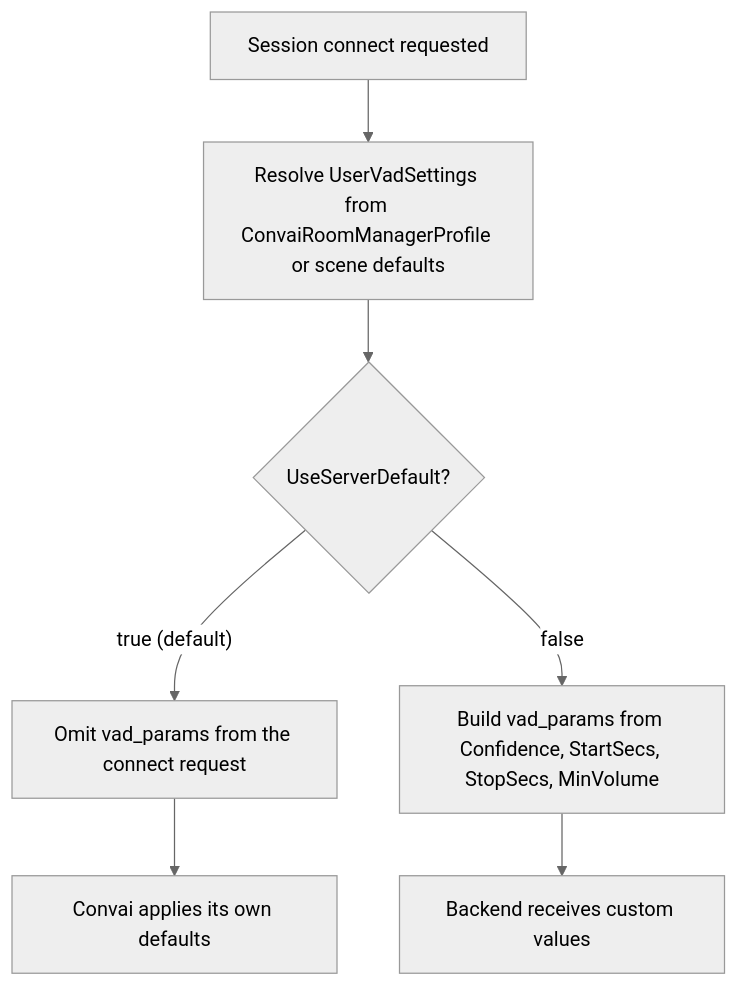
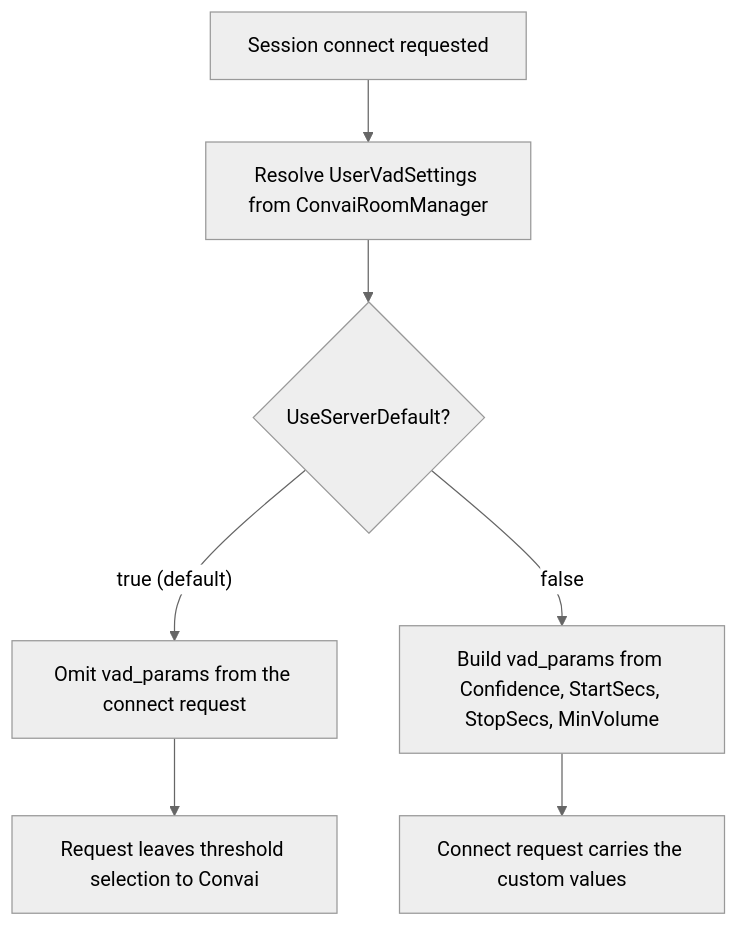
One commit to Conv-AI/Convai-Documentation changed the diagram in plugins-and-integrations/convai-unity-sdk/core-concepts/voice-activity-detection.md. Above: the diagram before and after it, drawn with Mermaid (neutral theme). The commit also changed other lines of this file and 237 other files, not shown here.

````diff
--- a/plugins-and-integrations/convai-unity-sdk/core-concepts/voice-activity-detection.md
+++ b/plugins-and-integrations/convai-unity-sdk/core-concepts/voice-activity-detection.md
@@ -39,9 +39,9 @@
 ```mermaid
 graph TD
-    A["Session connect requested"] --> B["Resolve UserVadSettings from ConvaiRoomManagerProfile or scene defaults"]
+    A["Session connect requested"] --> B["Resolve UserVadSettings from ConvaiRoomManager"]
     B --> C{"UseServerDefault?"}
     C -->|"true (default)"| D["Omit vad_params from the connect request"]
     C -->|"false"| E["Build vad_params from Confidence, StartSecs, StopSecs, MinVolume"]
-    D --> F["Convai applies its own defaults"]
-    E --> G["Backend receives custom values"]
+    D --> F["Request leaves threshold selection to Convai"]
+    E --> G["Connect request carries the custom values"]
 ```
````
